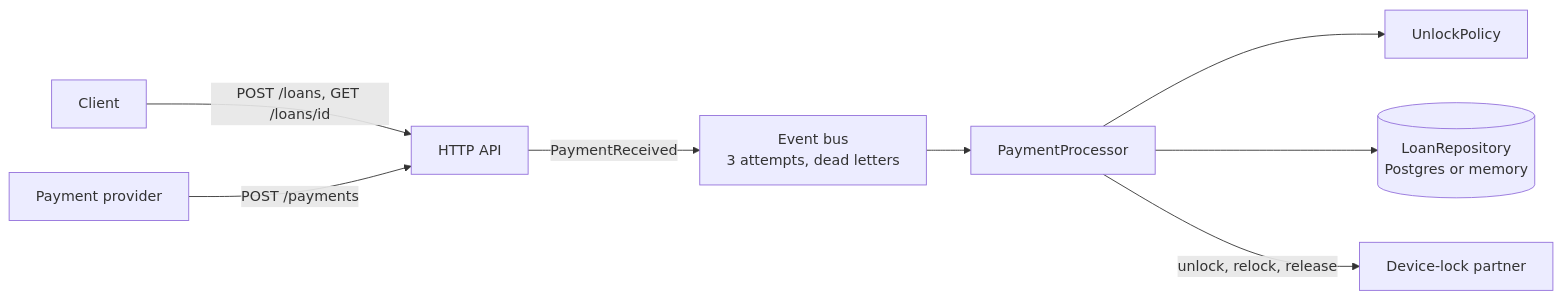
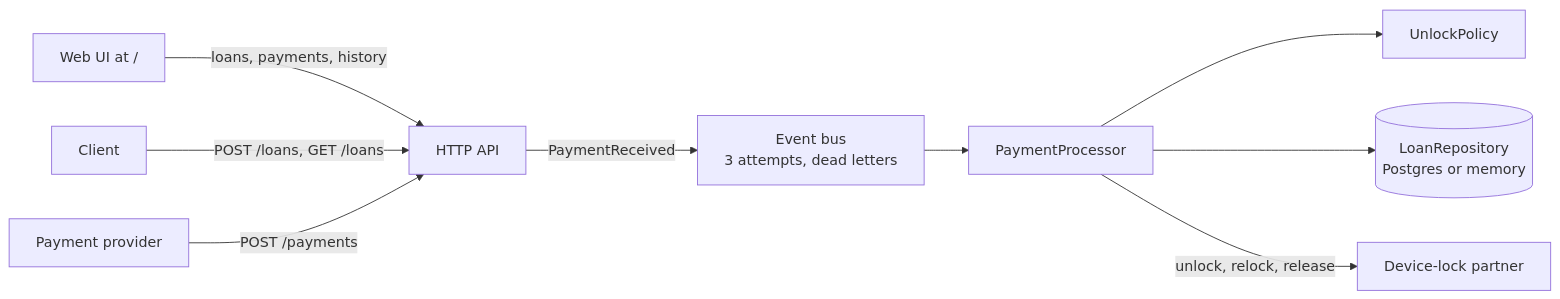
Before and after one commit to denisspunk/loan-platform-qa-lab: the first of 2 diagrams in README.md, drawn with Mermaid. The commit also changed other lines of this file and 20 other files, not shown here.

First line of the commit message:
Web UI with loans list and payment history (#4)

````diff
--- a/README.md
+++ b/README.md
@@ -9,10 +9,11 @@
 ```mermaid
 flowchart LR
-    Client -->|POST /loans, GET /loans/id| API[HTTP API]
+    UI[Web UI at /] -->|loans, payments, history| API[HTTP API]
+    Client -->|POST /loans, GET /loans| API
     PSP[Payment provider] -->|POST /payments| API
     API -->|PaymentReceived| Bus[Event bus<br/>3 attempts, dead letters]
     Bus --> Processor[PaymentProcessor]
     Processor --> Policy[UnlockPolicy]
     Processor --> Repo[(LoanRepository<br/>Postgres or memory)]
     Processor -->|unlock, relock, release| Partner[Device-lock partner]
 ```
````
